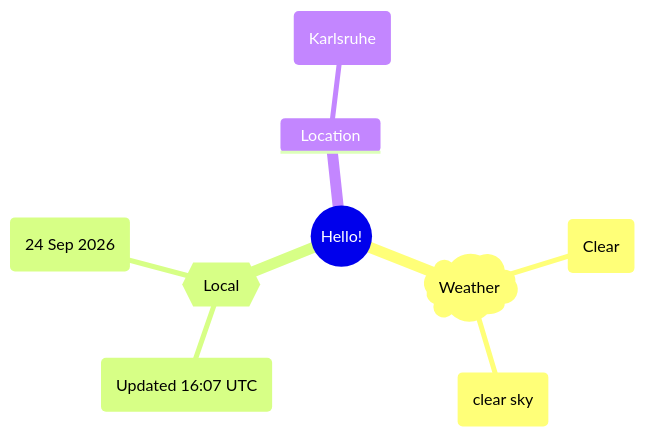
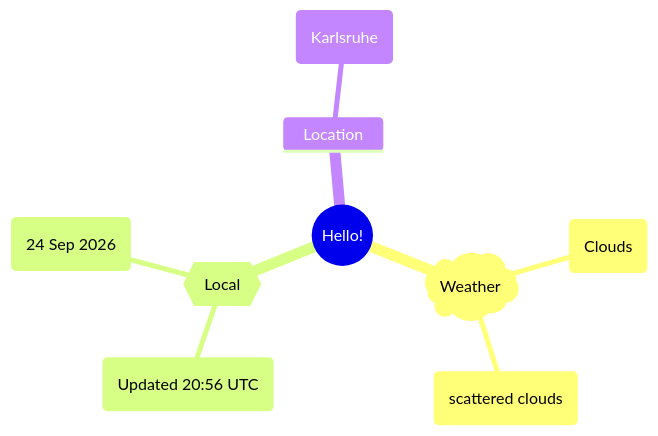
Before and after one commit to Xosrov/Xosrov: the first of 2 diagrams in README.md, drawn with Mermaid.

Commit message:
[bot] updated images

````diff
--- a/README.md
+++ b/README.md
@@ -3,12 +3,12 @@
 ```mermaid
 mindmap
   root((Hello!))
     )Weather(
-        (Clear)
-        (clear sky)
+        (Clouds)
+        (scattered clouds)
     {{Local}}
-        (Updated 16:07 UTC)
+        (Updated 20:56 UTC)
         (24 Sep 2026)
     Location
         (Karlsruhe)
 ```
````
